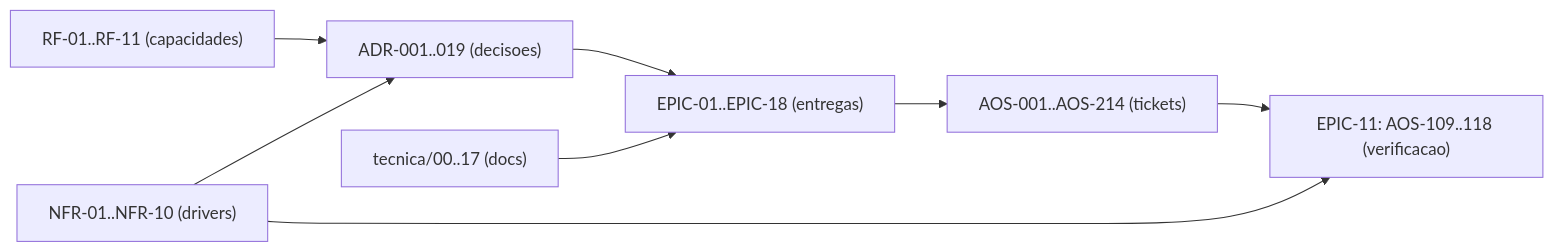
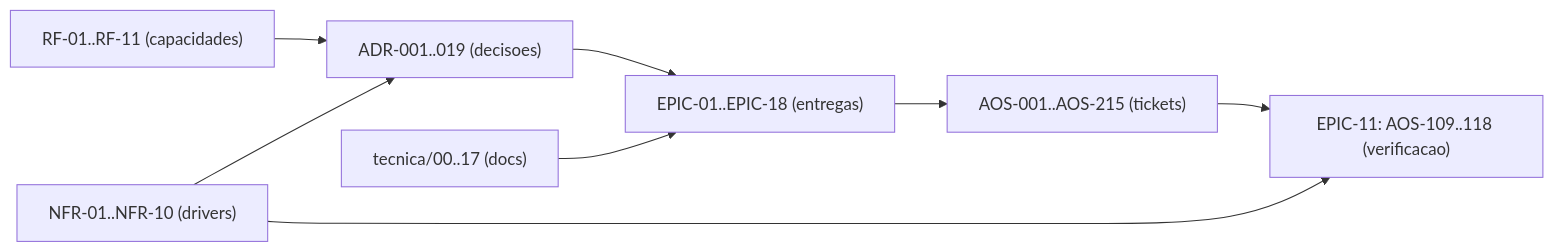
Before and after one commit to albinoJimy/aos: the diagram in tecnica/16_Rastreabilidade_RTM.md, drawn with Mermaid. The commit also changed other lines of this file and 1 other file, not shown here.

First line of the commit message:
docs(AOS-215): formalizar a costura de custodia externa da KEK (DEF-302, EPIC-18)

````diff
--- a/tecnica/16_Rastreabilidade_RTM.md
+++ b/tecnica/16_Rastreabilidade_RTM.md
@@ -169,10 +169,10 @@
 ```mermaid
 flowchart LR
     RF["RF-01..RF-11 (capacidades)"] --> ADR["ADR-001..019 (decisoes)"]
     NFR["NFR-01..NFR-10 (drivers)"] --> ADR
     ADR --> EPIC["EPIC-01..EPIC-18 (entregas)"]
-    EPIC --> TICK["AOS-001..AOS-214 (tickets)"]
+    EPIC --> TICK["AOS-001..AOS-215 (tickets)"]
     DOC["tecnica/00..17 (docs)"] --> EPIC
     TICK --> TEST["EPIC-11: AOS-109..118 (verificacao)"]
     NFR --> TEST
 ```
````
